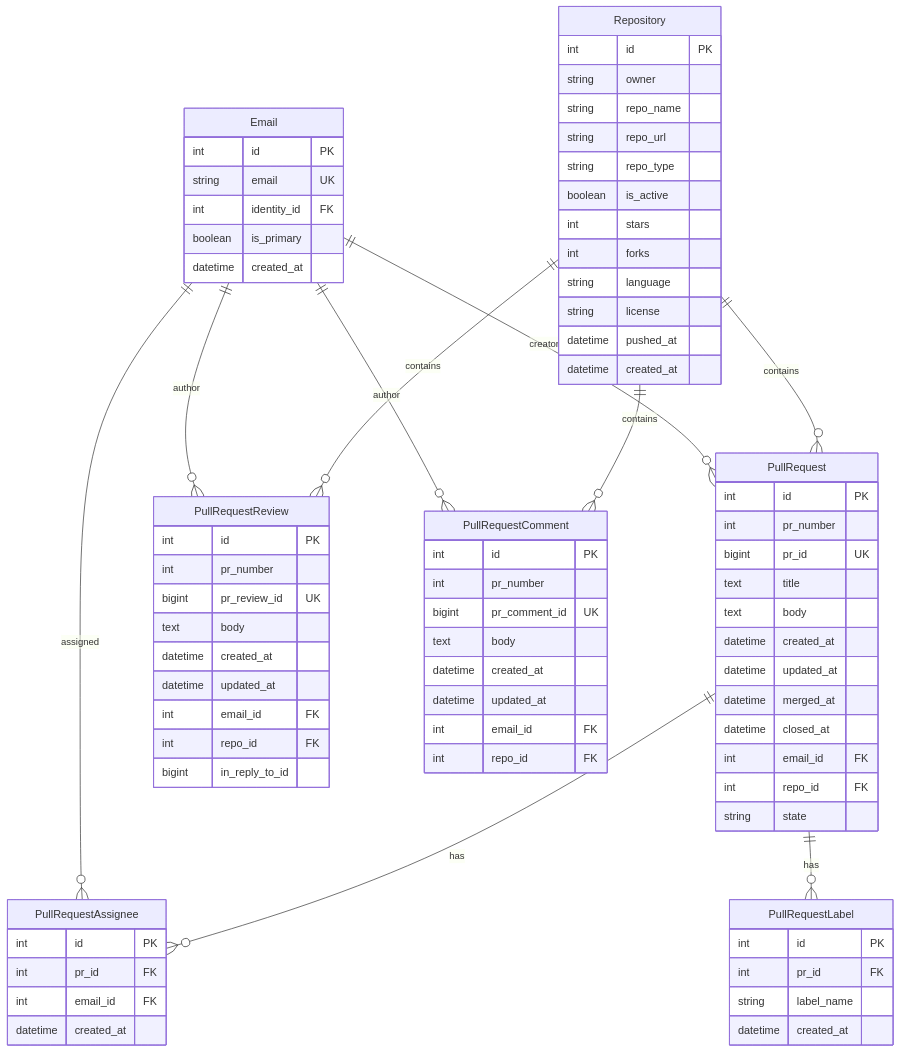
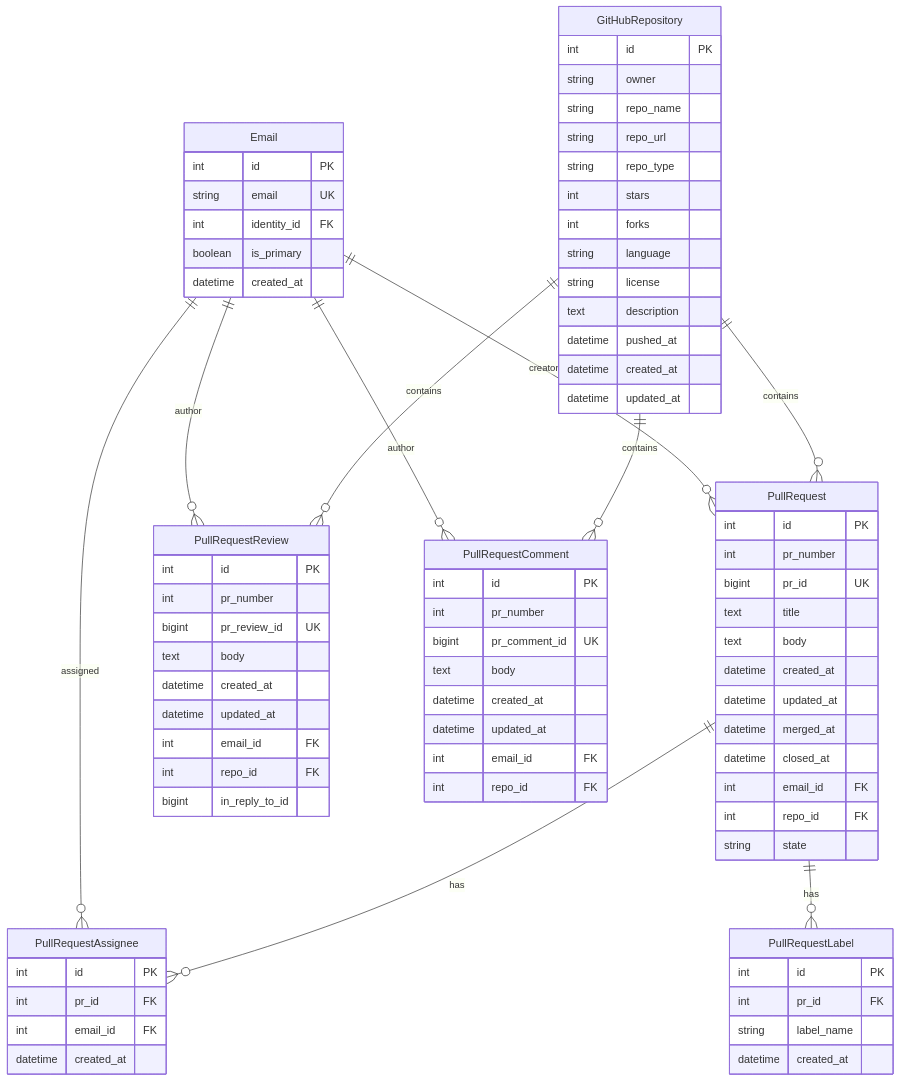
Before and after one commit to CppDigest/cppa-unified-dashboard: the third of 9 diagrams in UnifiedDashboard/GoogleCloudSQLSchema/google_cloud_sql_schema.md, drawn with Mermaid. The commit also changed other lines of this file, not shown here.

```diff
--- a/UnifiedDashboard/GoogleCloudSQLSchema/google_cloud_sql_schema.md
+++ b/UnifiedDashboard/GoogleCloudSQLSchema/google_cloud_sql_schema.md
@@ -143,9 +178,9 @@
     Email ||--o{ PullRequestComment : "author"
     Email ||--o{ PullRequestAssignee : "assigned"
 
-    Repository ||--o{ PullRequest : "contains"
-    Repository ||--o{ PullRequestReview : "contains"
-    Repository ||--o{ PullRequestComment : "contains"
+    GitHubRepository ||--o{ PullRequest : "contains"
+    GitHubRepository ||--o{ PullRequestReview : "contains"
+    GitHubRepository ||--o{ PullRequestComment : "contains"
     PullRequest ||--o{ PullRequestAssignee : "has"
     PullRequest ||--o{ PullRequestLabel : "has"
 
@@ -157,19 +192,20 @@
         datetime created_at
     }
 
-    Repository {
+    GitHubRepository {
         int id PK
         string owner
         string repo_name
         string repo_url
         string repo_type
-        boolean is_active
         int stars
         int forks
         string language
         string license
+        text description
         datetime pushed_at
         datetime created_at
+        datetime updated_at
     }
 
     PullRequest {
```
